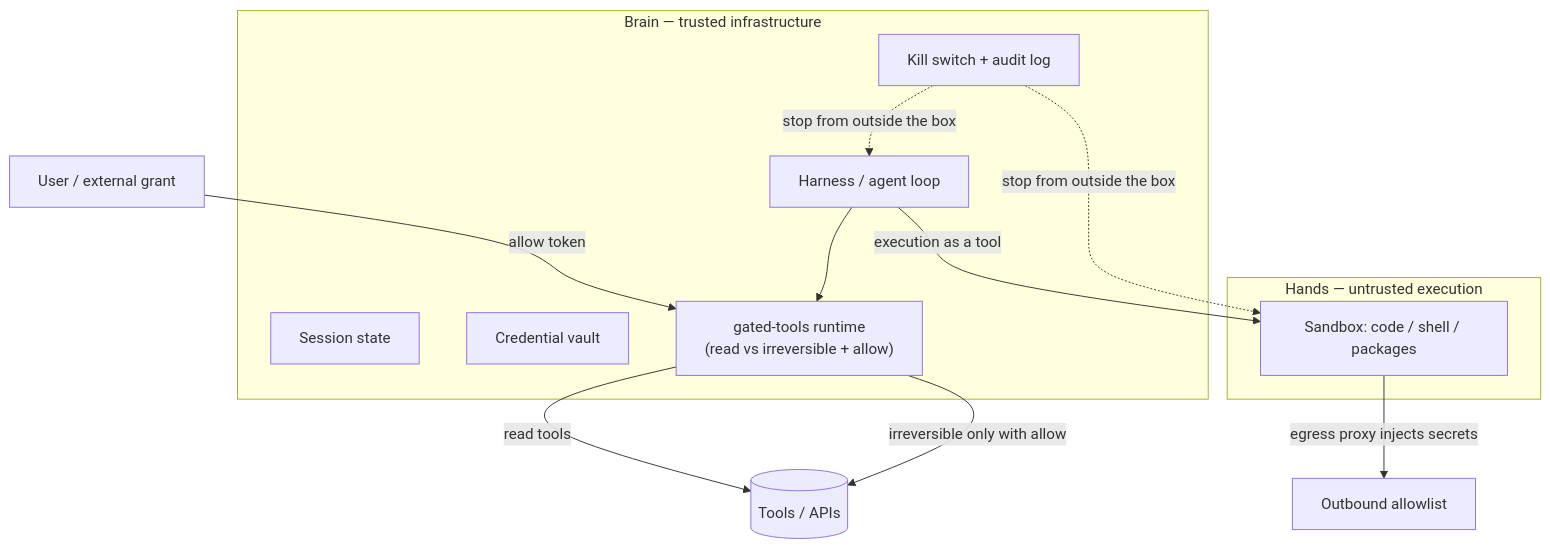
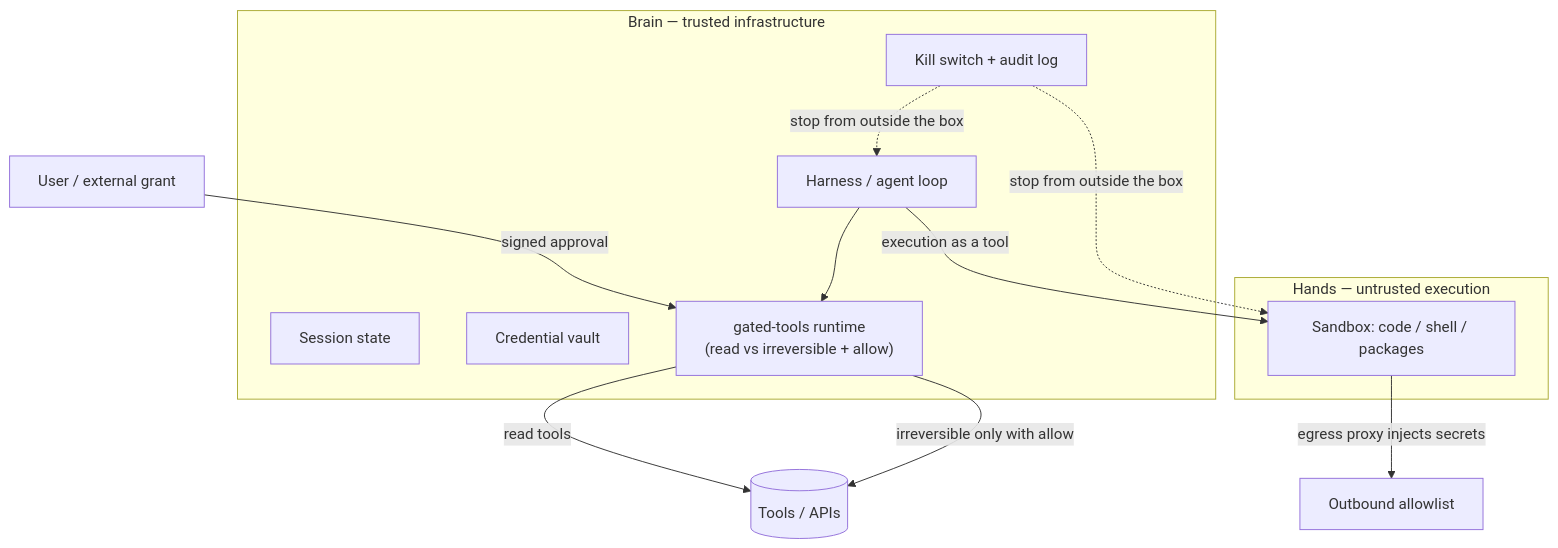
The diagram in docs/architecture-layers.md (adg29/gated-tools), drawn with Mermaid before and after one commit. The commit also changed 3 other files, not shown here.

Commit message:
fix: require a public approver key; update ADR-001 and diagram for signed approvals

````diff
--- a/docs/architecture-layers.md
+++ b/docs/architecture-layers.md
@@ -5,23 +5,23 @@
 ```mermaid
 flowchart TB
   subgraph brain ["Brain — trusted infrastructure"]
     H[Harness / agent loop]
     S[Session state]
     V[Credential vault]
     G["gated-tools runtime\n(read vs irreversible + allow)"]
     K[Kill switch + audit log]
   end
 
   subgraph hands ["Hands — untrusted execution"]
     BOX[Sandbox: code / shell / packages]
   end
 
-  U[User / external grant] -->|allow token| G
+  U[User / external grant] -->|signed approval| G
   H --> G
   G -->|read tools| T[(Tools / APIs)]
   G -->|irreversible only with allow| T
   H -->|execution as a tool| BOX
   BOX -->|egress proxy injects secrets| E[Outbound allowlist]
   K -.->|stop from outside the box| H
   K -.->|stop from outside the box| BOX
 ```
````
